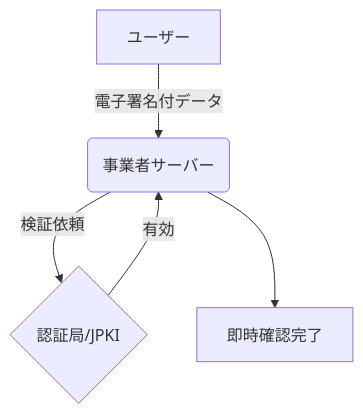
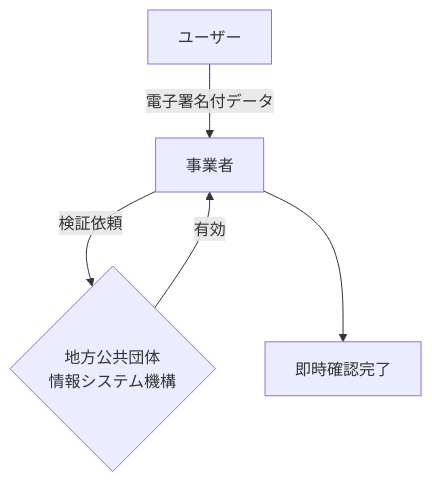
One commit to CiderH2CO3/study-hanshuho changed diagram 14 of 21 in hanshuho.md. Above: the diagram before and after it, drawn with Mermaid. The commit also changed other lines of this file and 1 other file, not shown here.

````diff
--- a/hanshuho.md
+++ b/hanshuho.md
@@ -457,7 +575,7 @@
 ```mermaid
 graph TD
-    A[ユーザー] -->|電子署名付データ| B(事業者サーバー)
-    B -->|検証依頼| C{認証局/JPKI}
-    C -->|有効| B
-    B --> D[即時確認完了]
+    User[ユーザー] -->|電子署名付データ| Biz[事業者]
+    Biz -->|検証依頼| JPKI{地方公共団体<br/>情報システム機構}
+    JPKI -->|有効| Biz
+    Biz --> Done[即時確認完了]
 ```
````
